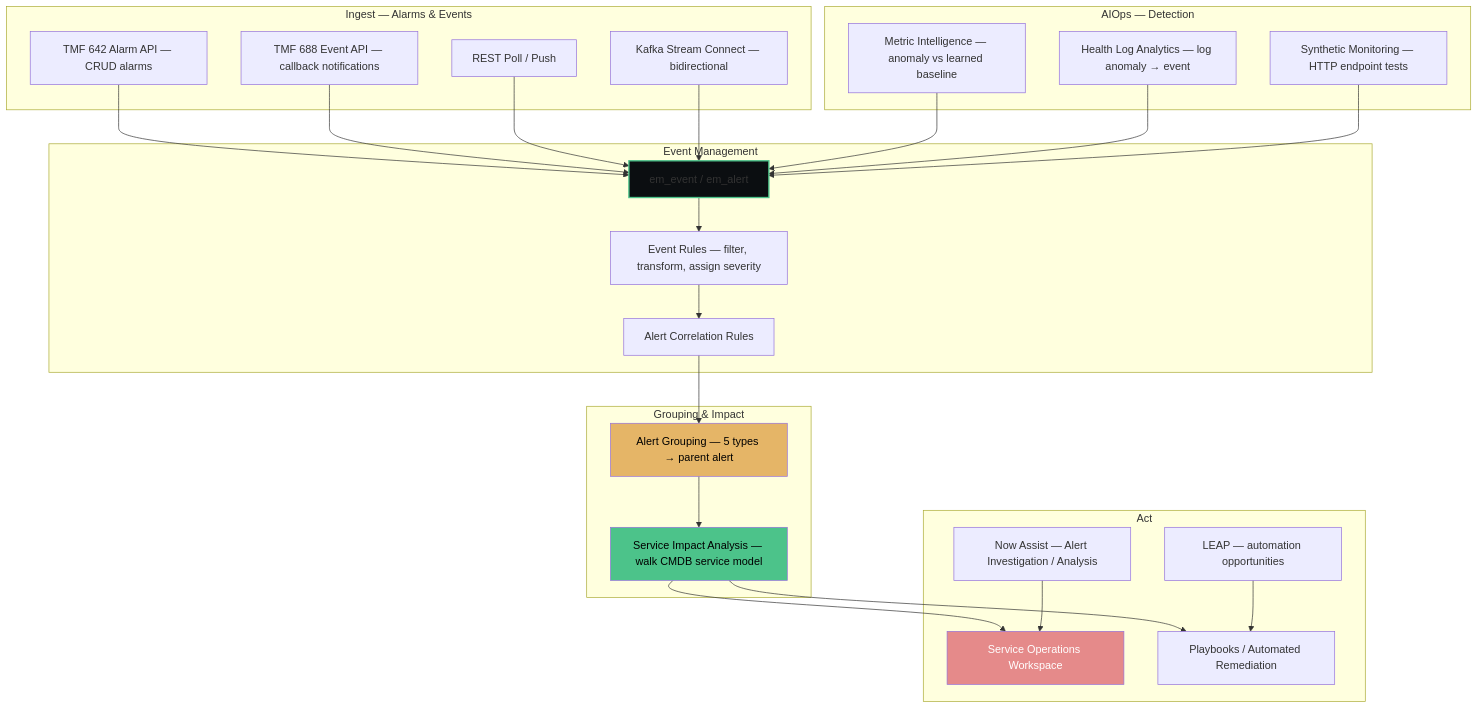
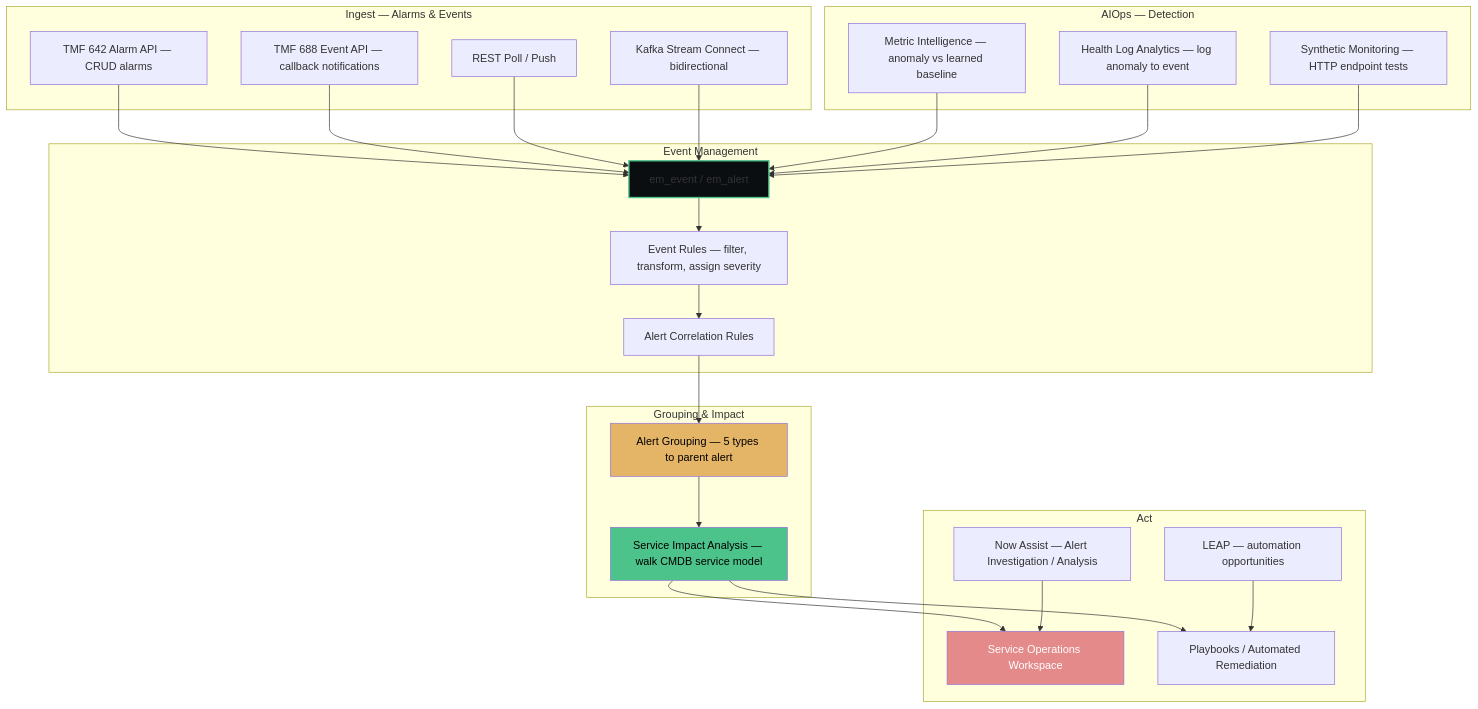
One commit to eltonaguiar/ServiceNow_Learning_TSOM-_CSM_FSM_SalesCRM_HAM_ITSM changed the fourth of 6 diagrams in docs/modules/tsom/tsom-guide.md. Above: the diagram before and after it, drawn with Mermaid. The commit also changed other lines of this file and 18 other files, not shown here.

First line of the commit message:
Fix all Mermaid diagram syntax errors across the site

````diff
--- a/docs/modules/tsom/tsom-guide.md
+++ b/docs/modules/tsom/tsom-guide.md
@@ -1068,54 +1068,54 @@
 ```mermaid
 flowchart TD
     subgraph "Ingest — Alarms & Events"
         TMF642[TMF 642 Alarm API — CRUD alarms]
         TMF688[TMF 688 Event API — callback notifications]
         REST[REST Poll / Push]
         KAFKA[Kafka Stream Connect — bidirectional]
     end
 
     subgraph "Event Management"
         EM[em_event / em_alert]
         ER[Event Rules — filter, transform, assign severity]
         AC[Alert Correlation Rules]
     end
 
     subgraph "AIOps — Detection"
         MI[Metric Intelligence — anomaly vs learned baseline]
-        HLA[Health Log Analytics — log anomaly → event]
+        HLA[Health Log Analytics — log anomaly to event]
         SM[Synthetic Monitoring — HTTP endpoint tests]
     end
 
     subgraph "Grouping & Impact"
-        GRP[Alert Grouping — 5 types → parent alert]
+        GRP[Alert Grouping — 5 types to parent alert]
         SIA[Service Impact Analysis — walk CMDB service model]
     end
 
     subgraph "Act"
         SOW[Service Operations Workspace]
         PLAY[Playbooks / Automated Remediation]
         LEAP[LEAP — automation opportunities]
         NA[Now Assist — Alert Investigation / Analysis]
     end
 
     TMF642 --> EM
     TMF688 --> EM
     REST --> EM
     KAFKA --> EM
     EM --> ER
     ER --> AC
     MI --> EM
     HLA --> EM
     SM --> EM
     AC --> GRP
     GRP --> SIA
     SIA --> SOW
     SIA --> PLAY
     LEAP --> PLAY
     NA --> SOW
 
     style EM fill:#0b0e11,stroke:#4cc38a,stroke-width:2px
     style GRP fill:#e5b567,color:#000
     style SIA fill:#4cc38a,color:#000
     style SOW fill:#e58a8a,color:#fff
 ```
````
